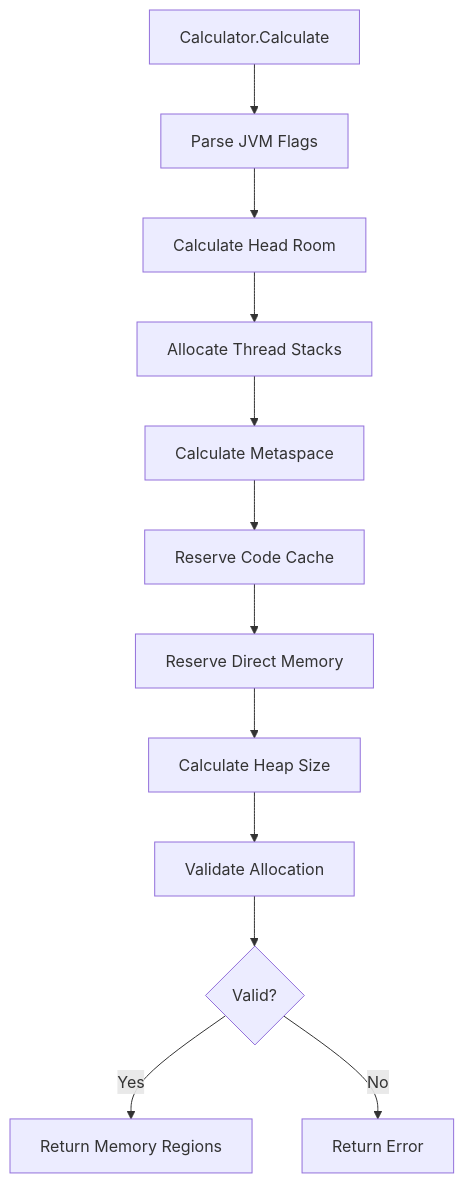
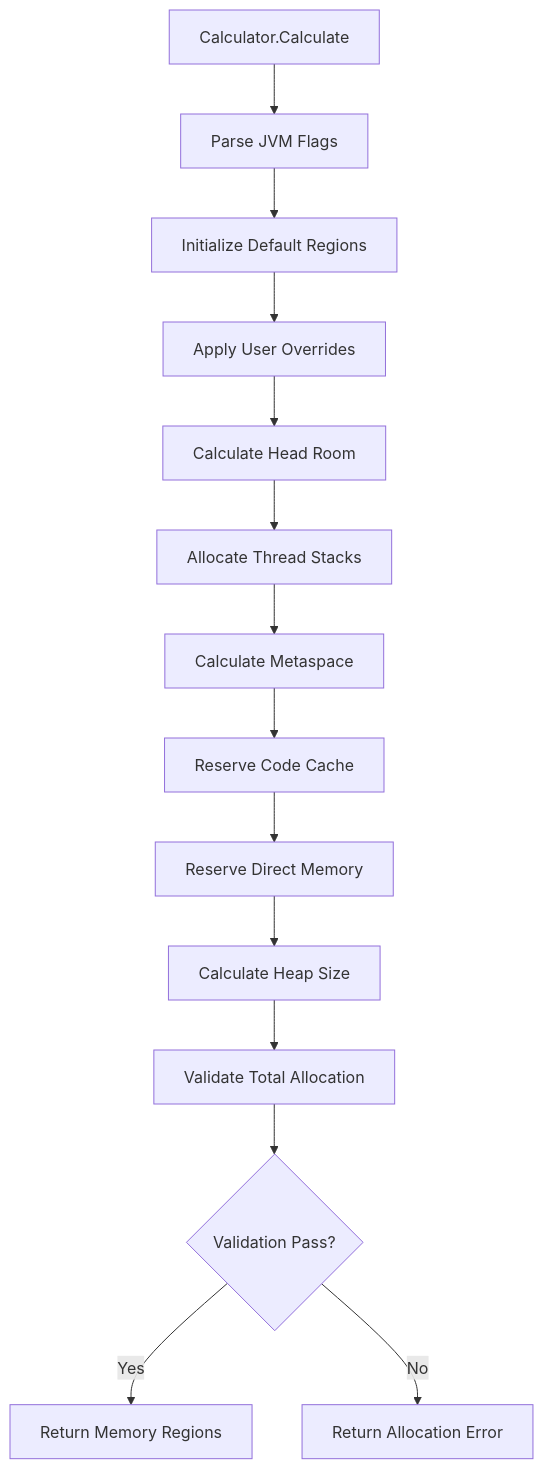
The second of 3 diagrams in ARCHITECTURE.md (patbaumgartner/memory-calculator), drawn with Mermaid before and after one commit. The commit also changed other lines of this file and 8 other files, not shown here.

````diff
--- a/ARCHITECTURE.md
+++ b/ARCHITECTURE.md
@@ -247,14 +383,16 @@
 ```mermaid
 graph TD
     A[Calculator.Calculate] --> B[Parse JVM Flags]
-    B --> C[Calculate Head Room]
-    C --> D[Allocate Thread Stacks]
-    D --> E[Calculate Metaspace]
-    E --> F[Reserve Code Cache]
-    F --> G[Reserve Direct Memory]
-    G --> H[Calculate Heap Size]
-    H --> I[Validate Allocation]
-    I --> J{Valid?}
-    J -->|Yes| K[Return Memory Regions]
-    J -->|No| L[Return Error]
+    B --> C[Initialize Default Regions]
+    C --> D[Apply User Overrides]
+    D --> E[Calculate Head Room]
+    E --> F[Allocate Thread Stacks]
+    F --> G[Calculate Metaspace]
+    G --> H[Reserve Code Cache]
+    H --> I[Reserve Direct Memory]
+    I --> J[Calculate Heap Size]
+    J --> K[Validate Total Allocation]
+    K --> L{Validation Pass?}
+    L -->|Yes| M[Return Memory Regions]
+    L -->|No| N[Return Allocation Error]
 ```
````
